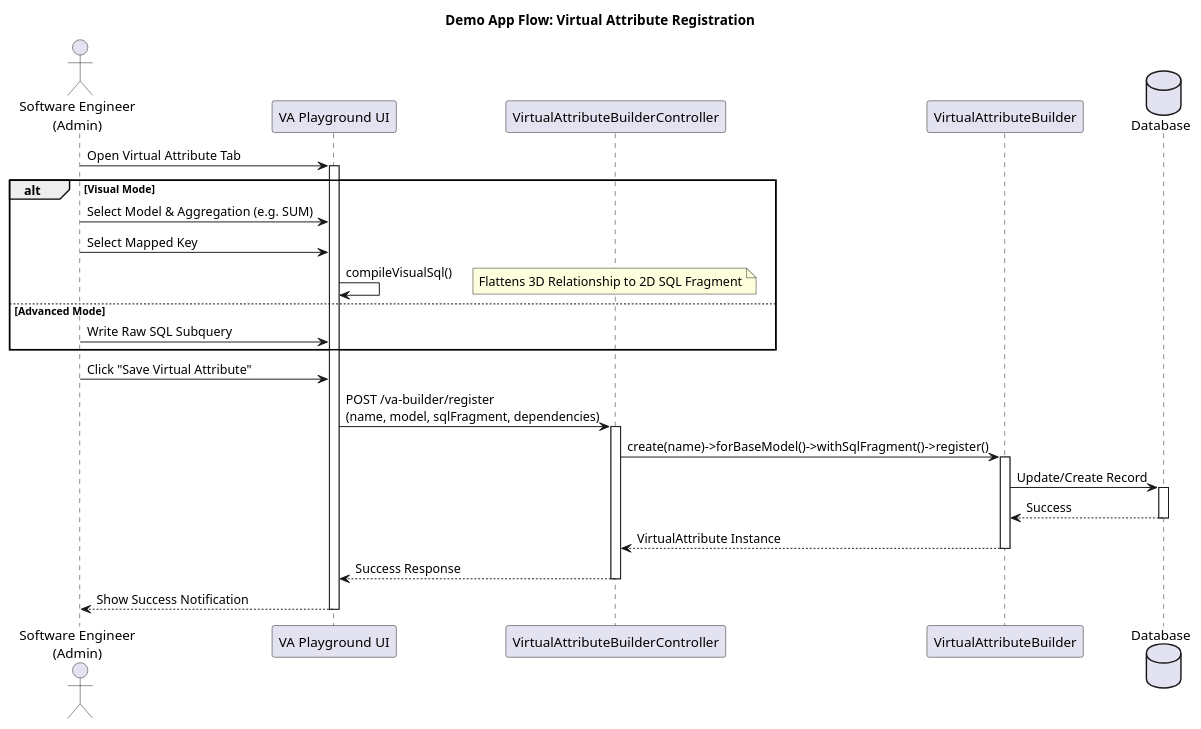
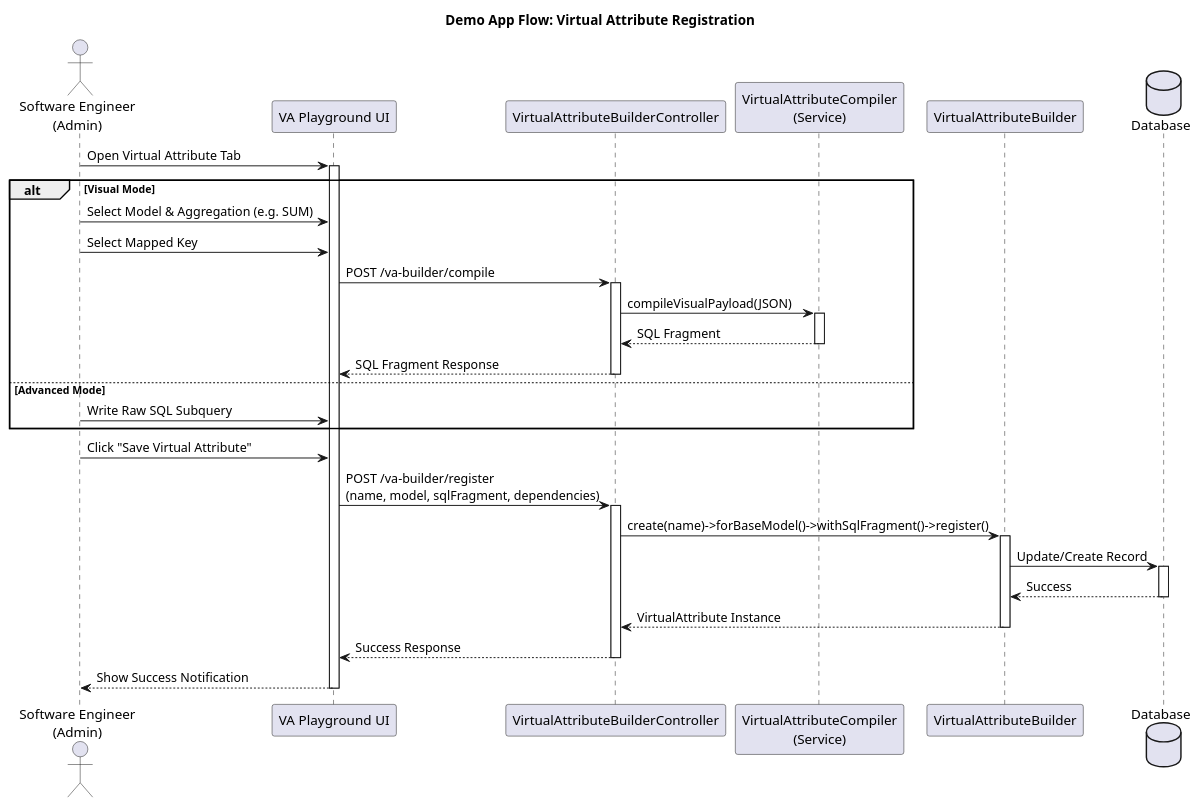
The diagram in demo-doc/diagrams/02_virtual_attribute_builder_flow.puml (nisalatp/iStore), drawn with PlantUML before and after one commit. The commit also changed 29 other files, not shown here.

Commit message:
feat(docs): update architecture documentation, AST reference, and cross-framework examples

```diff
--- a/demo-doc/diagrams/02_virtual_attribute_builder_flow.puml
+++ b/demo-doc/diagrams/02_virtual_attribute_builder_flow.puml
@@ -1,41 +1,48 @@
 @startuml Virtual Attribute Builder Flow
 title Demo App Flow: Virtual Attribute Registration
 
 actor "Software Engineer\n(Admin)" as Admin
 participant "VA Playground UI" as UI
 participant "VirtualAttributeBuilderController" as Controller
+participant "VirtualAttributeCompiler\n(Service)" as Compiler
 participant "VirtualAttributeBuilder" as Builder
 database "Database" as DB
 
 Admin -> UI : Open Virtual Attribute Tab
 activate UI
 
 alt Visual Mode
     Admin -> UI : Select Model & Aggregation (e.g. SUM)
     Admin -> UI : Select Mapped Key
-    UI -> UI : compileVisualSql()
-    note right: Flattens 3D Relationship to 2D SQL Fragment
+    UI -> Controller : POST /va-builder/compile
+    activate Controller
+    Controller -> Compiler : compileVisualPayload(JSON)
+    activate Compiler
+    Compiler --> Controller : SQL Fragment
+    deactivate Compiler
+    Controller --> UI : SQL Fragment Response
+    deactivate Controller
 else Advanced Mode
     Admin -> UI : Write Raw SQL Subquery
 end
 
 Admin -> UI : Click "Save Virtual Attribute"
 UI -> Controller : POST /va-builder/register\n(name, model, sqlFragment, dependencies)
 activate Controller
 
 Controller -> Builder : create(name)->forBaseModel()->withSqlFragment()->register()
 activate Builder
 Builder -> DB : Update/Create Record
 activate DB
 DB --> Builder : Success
 deactivate DB
 Builder --> Controller : VirtualAttribute Instance
 deactivate Builder
 
 Controller --> UI : Success Response
 deactivate Controller
 
 UI --> Admin : Show Success Notification
 deactivate UI
 
 @enduml
```
